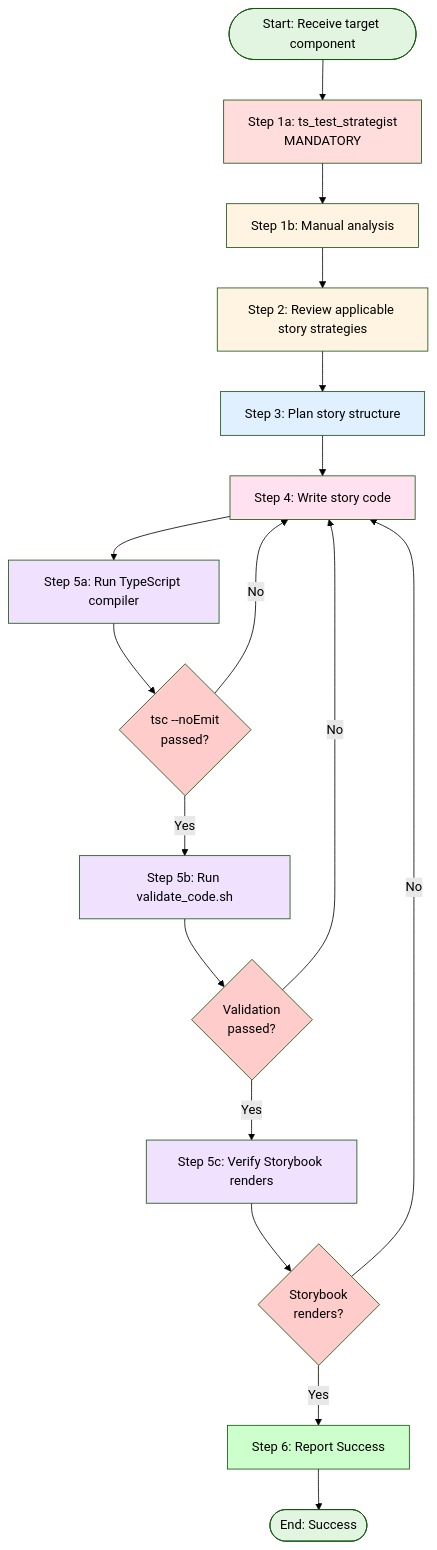
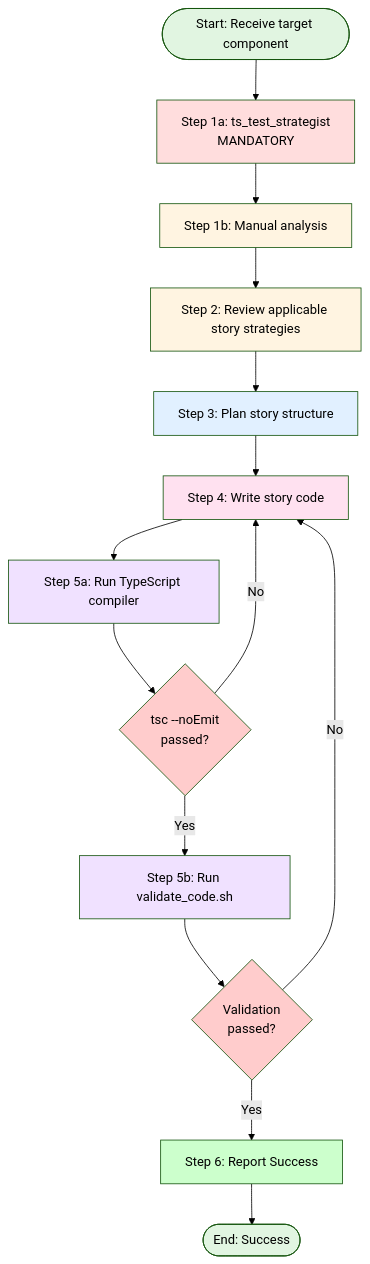
One commit to s-age/pipe changed the diagram in procedures/typescript/tests/storybook_generation.md. Above: the diagram before and after it, drawn with Mermaid (forest theme). The commit also changed other lines of this file and 10 other files, not shown here.

````diff
--- a/procedures/typescript/tests/storybook_generation.md
+++ b/procedures/typescript/tests/storybook_generation.md
@@ -15,41 +15,35 @@
 ```mermaid
 graph TD
     Start([Start: Receive target component]) --> Step1A[Step 1a: ts_test_strategist<br/>MANDATORY]
     Step1A --> Step1B[Step 1b: Manual analysis]
 
     Step1B --> Step2[Step 2: Review applicable story strategies]
 
     Step2 --> Step3[Step 3: Plan story structure]
 
     Step3 --> Step4[Step 4: Write story code]
 
     Step4 --> Step5A[Step 5a: Run TypeScript compiler]
     Step5A --> CheckTSC{tsc --noEmit<br/>passed?}
     CheckTSC -- No --> Step4
     CheckTSC -- Yes --> Step5B[Step 5b: Run validate_code.sh]
 
     Step5B --> CheckValidation{Validation<br/>passed?}
     CheckValidation -- No --> Step4
-    CheckValidation -- Yes --> Step5C[Step 5c: Verify Storybook renders]
-
-    Step5C --> CheckStorybook{Storybook<br/>renders?}
-    CheckStorybook -- No --> Step4
-    CheckStorybook -- Yes --> Success[Step 6: Report Success]
+    CheckValidation -- Yes --> Success[Step 6: Report Success]
 
     Success --> End([End: Success])
 
     style Start fill:#e1f5e1
     style End fill:#e1f5e1
     style Step1A fill:#ffdddd
     style Step1B fill:#fff4e1
     style Step2 fill:#fff4e1
     style Step3 fill:#e1f0ff
     style Step4 fill:#ffe1f0
     style Step5A fill:#f0e1ff
     style Step5B fill:#f0e1ff
-    style Step5C fill:#f0e1ff
     style CheckTSC fill:#ffcccc
     style CheckValidation fill:#ffcccc
-    style CheckStorybook fill:#ffcccc
     style Success fill:#ccffcc
 ```
````
